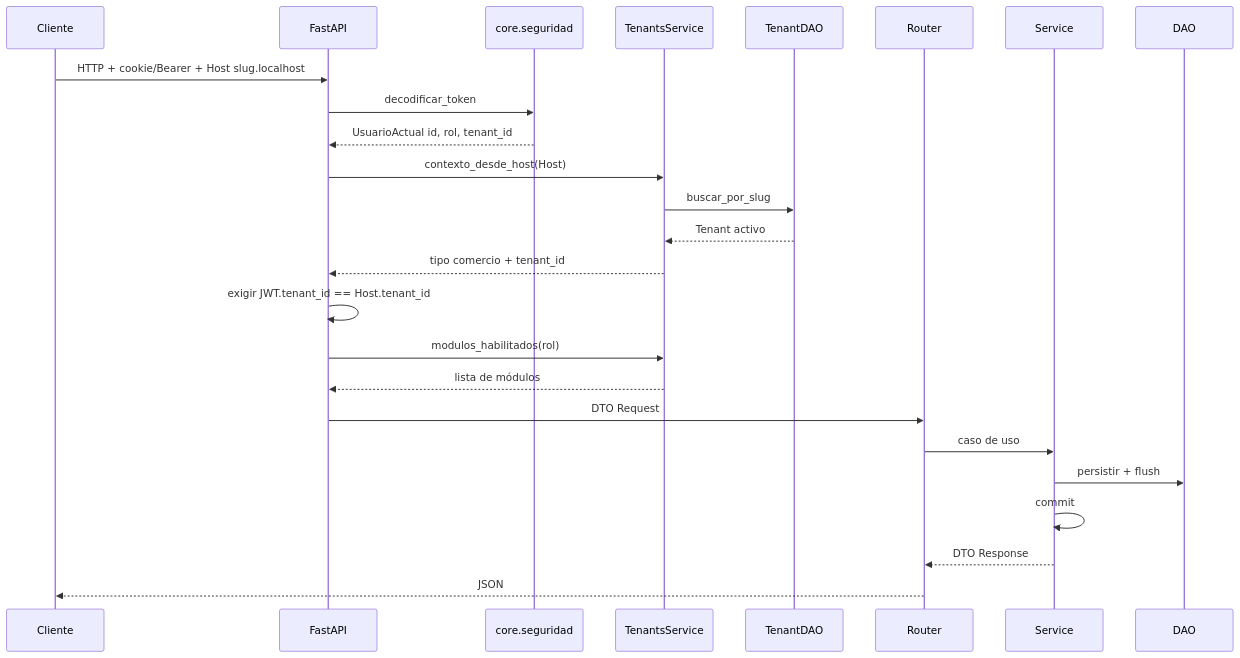
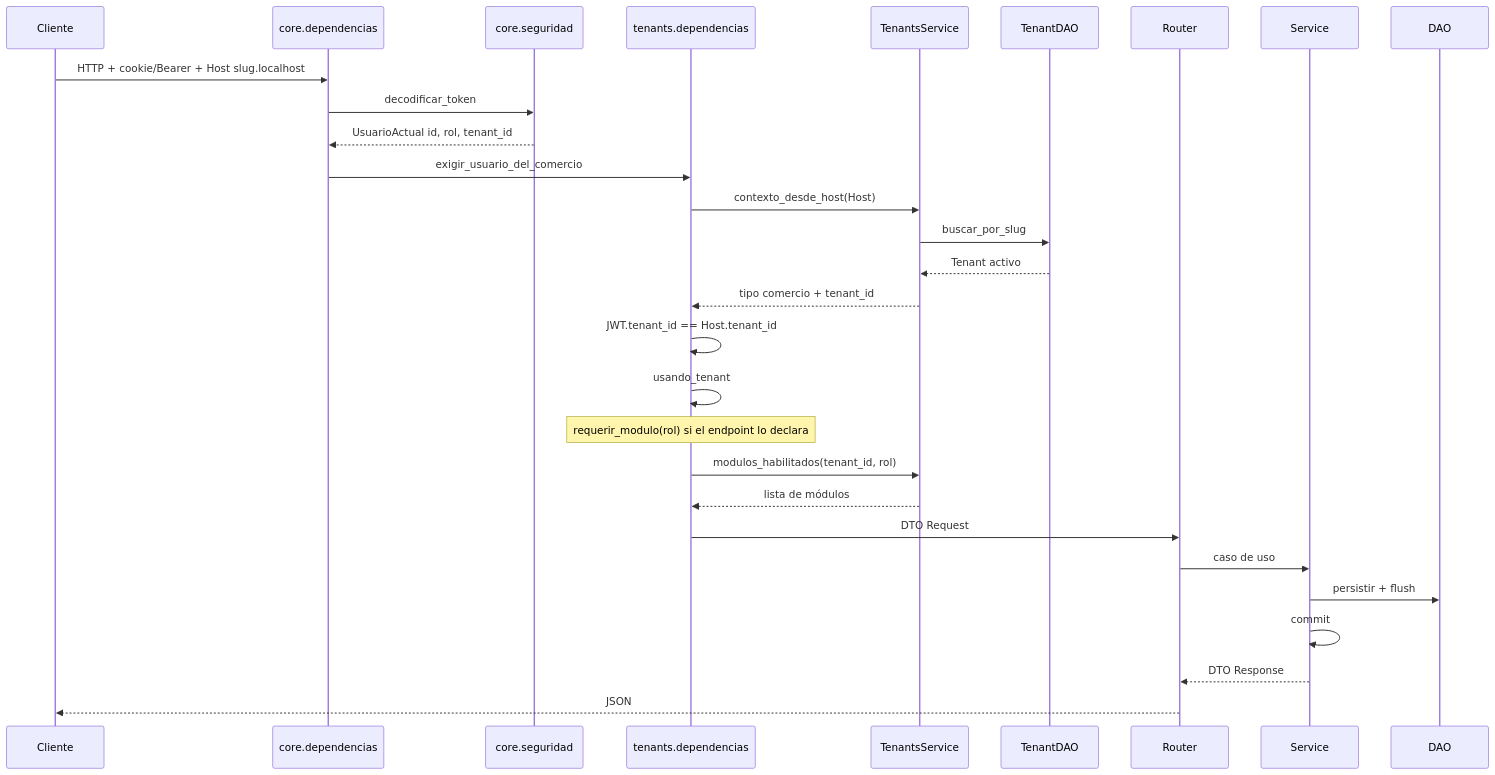
The first of 2 diagrams in docs/diagramas/00-transversal.md (estsan3/ventas360-api), drawn with Mermaid before and after one commit. The commit also changed other lines of this file and 21 other files, not shown here.

First line of the commit message:
docs: sincronizar diagramas de secuencia de cada módulo (2026-11-12)

````diff
--- a/docs/diagramas/00-transversal.md
+++ b/docs/diagramas/00-transversal.md
@@ -10,28 +10,32 @@
 ```mermaid
 sequenceDiagram
     participant Cliente
-    participant FastAPI
+    participant DepJWT as core.dependencias
     participant JWT as core.seguridad
+    participant DepTenant as tenants.dependencias
     participant TenantsSvc as TenantsService
     participant TenantDAO
     participant Router
     participant Service
     participant DAO
 
-    Cliente->>FastAPI: HTTP + cookie/Bearer + Host slug.localhost
-    FastAPI->>JWT: decodificar_token
-    JWT-->>FastAPI: UsuarioActual id, rol, tenant_id
-    FastAPI->>TenantsSvc: contexto_desde_host(Host)
+    Cliente->>DepJWT: HTTP + cookie/Bearer + Host slug.localhost
+    DepJWT->>JWT: decodificar_token
+    JWT-->>DepJWT: UsuarioActual id, rol, tenant_id
+    DepJWT->>DepTenant: exigir_usuario_del_comercio
+    DepTenant->>TenantsSvc: contexto_desde_host(Host)
     TenantsSvc->>TenantDAO: buscar_por_slug
     TenantDAO-->>TenantsSvc: Tenant activo
-    TenantsSvc-->>FastAPI: tipo comercio + tenant_id
-    FastAPI->>FastAPI: exigir JWT.tenant_id == Host.tenant_id
-    FastAPI->>TenantsSvc: modulos_habilitados(rol)
-    TenantsSvc-->>FastAPI: lista de módulos
-    FastAPI->>Router: DTO Request
+    TenantsSvc-->>DepTenant: tipo comercio + tenant_id
+    DepTenant->>DepTenant: JWT.tenant_id == Host.tenant_id
+    DepTenant->>DepTenant: usando_tenant
+    Note over DepTenant: requerir_modulo(rol) si el endpoint lo declara
+    DepTenant->>TenantsSvc: modulos_habilitados(tenant_id, rol)
+    TenantsSvc-->>DepTenant: lista de módulos
+    DepTenant->>Router: DTO Request
     Router->>Service: caso de uso
     Service->>DAO: persistir + flush
     Service->>Service: commit
     Service-->>Router: DTO Response
     Router-->>Cliente: JSON
 ```
````
